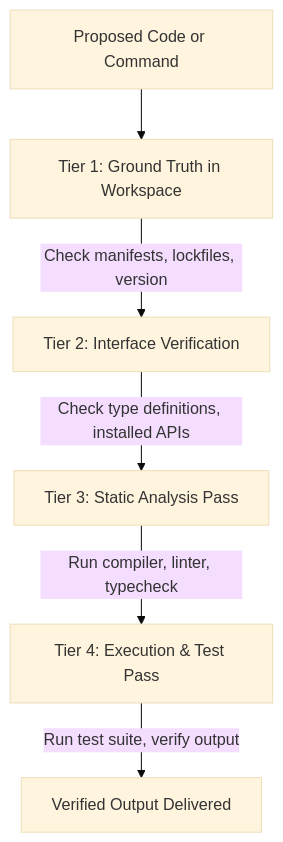
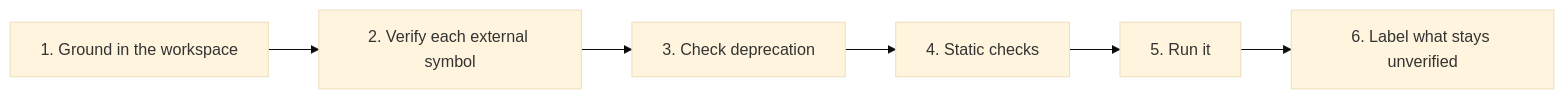
One commit to gerrardgs/Projects23 changed the diagram in docs/ANTI-HALLUCINATION-PLAYBOOK.md. Above: the diagram before and after it, drawn with Mermaid (base theme). The commit also changed other lines of this file and 85 other files, not shown here.

Commit message:
feat: complete software lifecycle rules, 9 agent skills, CI workflows, and resolve tsconfig type definitions

````diff
--- a/docs/ANTI-HALLUCINATION-PLAYBOOK.md
+++ b/docs/ANTI-HALLUCINATION-PLAYBOOK.md
@@ -24,8 +23,8 @@
 ```mermaid
-graph TD
-    A[Proposed Code or Command] --> B[Tier 1: Ground Truth in Workspace]
-    B -->|Check manifests, lockfiles, version| C[Tier 2: Interface Verification]
-    C -->|Check type definitions, installed APIs| D[Tier 3: Static Analysis Pass]
-    D -->|Run compiler, linter, typecheck| E[Tier 4: Execution & Test Pass]
-    E -->|Run test suite, verify output| F[Verified Output Delivered]
+graph LR
+    A[1. Ground in the workspace] --> B[2. Verify each external symbol]
+    B --> C[3. Check deprecation]
+    C --> D[4. Static checks]
+    D --> E[5. Run it]
+    E --> F[6. Label what stays unverified]
 ```
````
